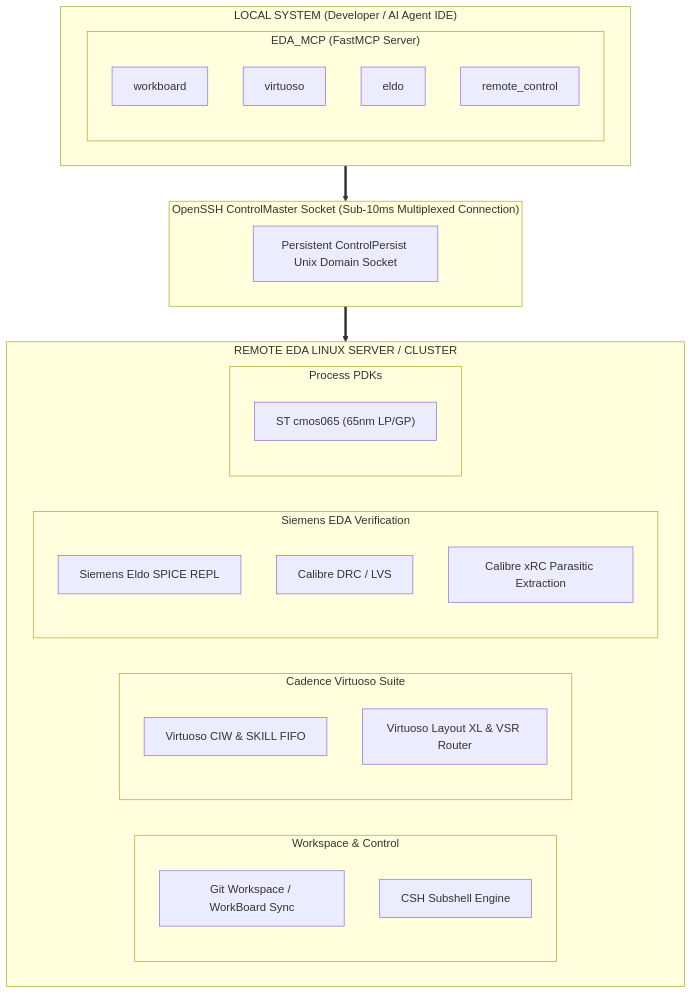
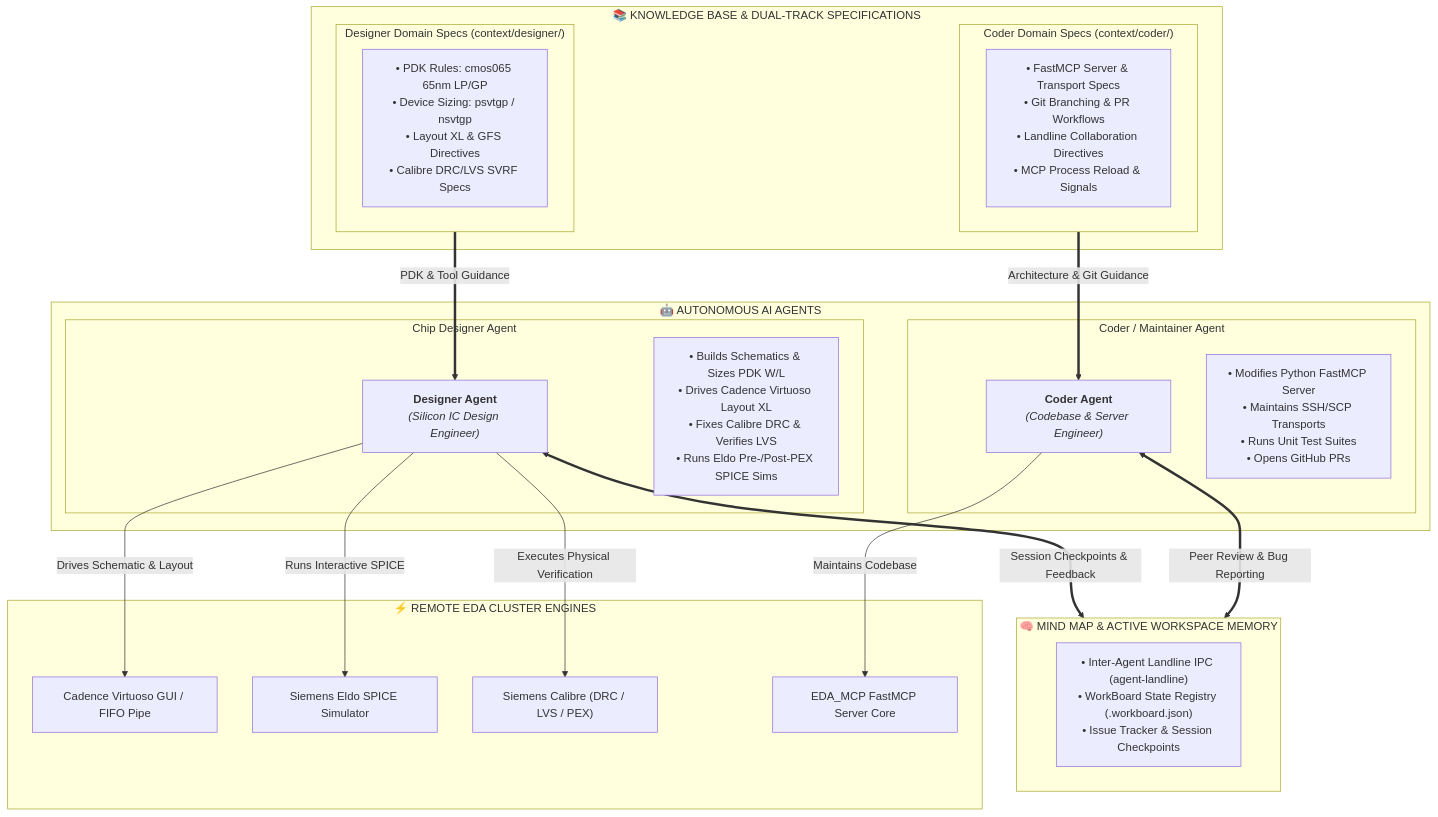
One commit to SiliCAD/EDA_MCP changed the first of 4 diagrams in README.md. Above: the diagram before and after it, drawn with Mermaid. The commit also changed other lines of this file, not shown here.

Commit message:
docs: convert system architecture diagram to text and reorganize multi-agent diagram

````diff
--- a/README.md
+++ b/README.md
@@ -104,36 +93,46 @@
 ```mermaid
 graph TB
-    subgraph LocalSystem["LOCAL SYSTEM (Developer / AI Agent IDE)"]
-        subgraph FastMCP["EDA_MCP (FastMCP Server)"]
-            WB["workboard"]
-            VIR["virtuoso"]
-            ELD["eldo"]
-            RC["remote_control"]
+    subgraph KnowledgeBase["📚 KNOWLEDGE BASE & DUAL-TRACK SPECIFICATIONS"]
+        subgraph DesignerSpec["Designer Domain Specs (context/designer/)"]
+            D1["• PDK Rules: cmos065 65nm LP/GP<br/>• Device Sizing: psvtgp / nsvtgp<br/>• Layout XL & GFS Directives<br/>• Calibre DRC/LVS SVRF Specs"]
+        end
+        subgraph CoderSpec["Coder Domain Specs (context/coder/)"]
+            C1["• FastMCP Server & Transport Specs<br/>• Git Branching & PR Workflows<br/>• Landline Collaboration Directives<br/>• MCP Process Reload & Signals"]
         end
     end
 
-    subgraph SSH["OpenSSH ControlMaster Socket (Sub-10ms Multiplexed Connection)"]
-        Tunnel["Persistent ControlPersist Unix Domain Socket"]
+    subgraph Memory["🧠 MIND MAP & ACTIVE WORKSPACE MEMORY"]
+        M1["• Inter-Agent Landline IPC (agent-landline)<br/>• WorkBoard State Registry (.workboard.json)<br/>• Issue Tracker & Session Checkpoints"]
     end
 
-    subgraph RemoteCluster["REMOTE EDA LINUX SERVER / CLUSTER"]
-        subgraph SyncTools["Workspace & Control"]
-            GWS["Git Workspace / WorkBoard Sync"]
-            CSH["CSH Subshell Engine"]
+    subgraph Agents["🤖 AUTONOMOUS AI AGENTS"]
+        subgraph CoderAgent["Coder / Maintainer Agent"]
+            CA["<b>Coder Agent</b><br/><i>(Codebase & Server Engineer)</i>"]
+            CA_Do["• Modifies Python FastMCP Server<br/>• Maintains SSH/SCP Transports<br/>• Runs Unit Test Suites<br/>• Opens GitHub PRs"]
         end
-        subgraph CadenceSuite["Cadence Virtuoso Suite"]
-            V_CIW["Virtuoso CIW & SKILL FIFO"]
-            V_VXL["Virtuoso Layout XL & VSR Router"]
-        end
-        subgraph SiemensSuite["Siemens EDA Verification"]
-            E_SIM["Siemens Eldo SPICE REPL"]
-            C_DRC["Calibre DRC / LVS"]
-            C_PEX["Calibre xRC Parasitic Extraction"]
-        end
-        subgraph PDKs["Process PDKs"]
-            PDK_65["ST cmos065 (65nm LP/GP)"]
+
+        subgraph DesignerAgent["Chip Designer Agent"]
+            DA["<b>Designer Agent</b><br/><i>(Silicon IC Design Engineer)</i>"]
+            DA_Do["• Builds Schematics & Sizes PDK W/L<br/>• Drives Cadence Virtuoso Layout XL<br/>• Fixes Calibre DRC & Verifies LVS<br/>• Runs Eldo Pre-/Post-PEX SPICE Sims"]
         end
     end
 
-    LocalSystem ==> SSH ==> RemoteCluster
+    subgraph Execution["⚡ REMOTE EDA CLUSTER ENGINES"]
+        E_VIRT["Cadence Virtuoso GUI / FIFO Pipe"]
+        E_ELDO["Siemens Eldo SPICE Simulator"]
+        E_CAL["Siemens Calibre (DRC / LVS / PEX)"]
+        E_PY["EDA_MCP FastMCP Server Core"]
+    end
+
+    %% Relations
+    DesignerSpec ==>|PDK & Tool Guidance| DA
+    CoderSpec ==>|Architecture & Git Guidance| CA
+
+    CA <==>|Peer Review & Bug Reporting| Memory
+    DA <==>|Session Checkpoints & Feedback| Memory
+
+    CA -->|Maintains Codebase| E_PY
+    DA -->|Drives Schematic & Layout| E_VIRT
+    DA -->|Runs Interactive SPICE| E_ELDO
+    DA -->|Executes Physical Verification| E_CAL
 ```
````
